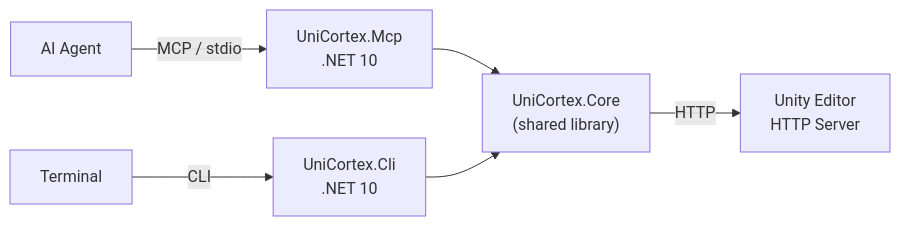
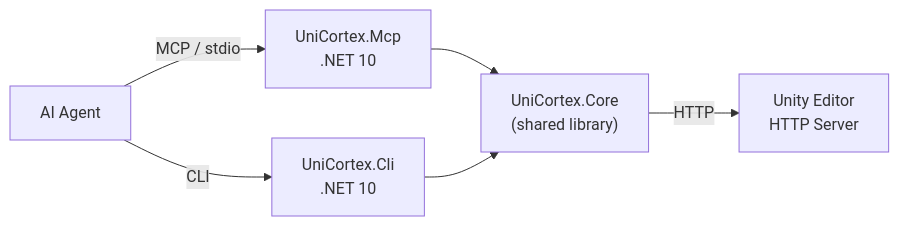
One commit to VeyronSakai/UniCortex changed the diagram in .github/DRAFT_README.md. Above: the diagram before and after it, drawn with Mermaid.

Commit message:
Remove Terminal node from Mermaid architecture diagram
AI Agent is the sole entry point for both MCP and CLI.

````diff
--- a/.github/DRAFT_README.md
+++ b/.github/DRAFT_README.md
@@ -188,15 +188,14 @@
 ```mermaid
 graph LR
     Agent["AI Agent"]
-    Terminal["Terminal"]
     MCP["UniCortex.Mcp<br/>.NET 10"]
     CLI["UniCortex.Cli<br/>.NET 10"]
     Core["UniCortex.Core<br/>(shared library)"]
     Unity["Unity Editor<br/>HTTP Server"]
 
     Agent -- "MCP / stdio" --> MCP
-    Terminal -- "CLI" --> CLI
+    Agent -- "CLI" --> CLI
     MCP --> Core
     CLI --> Core
     Core -- "HTTP" --> Unity
 ```
````
